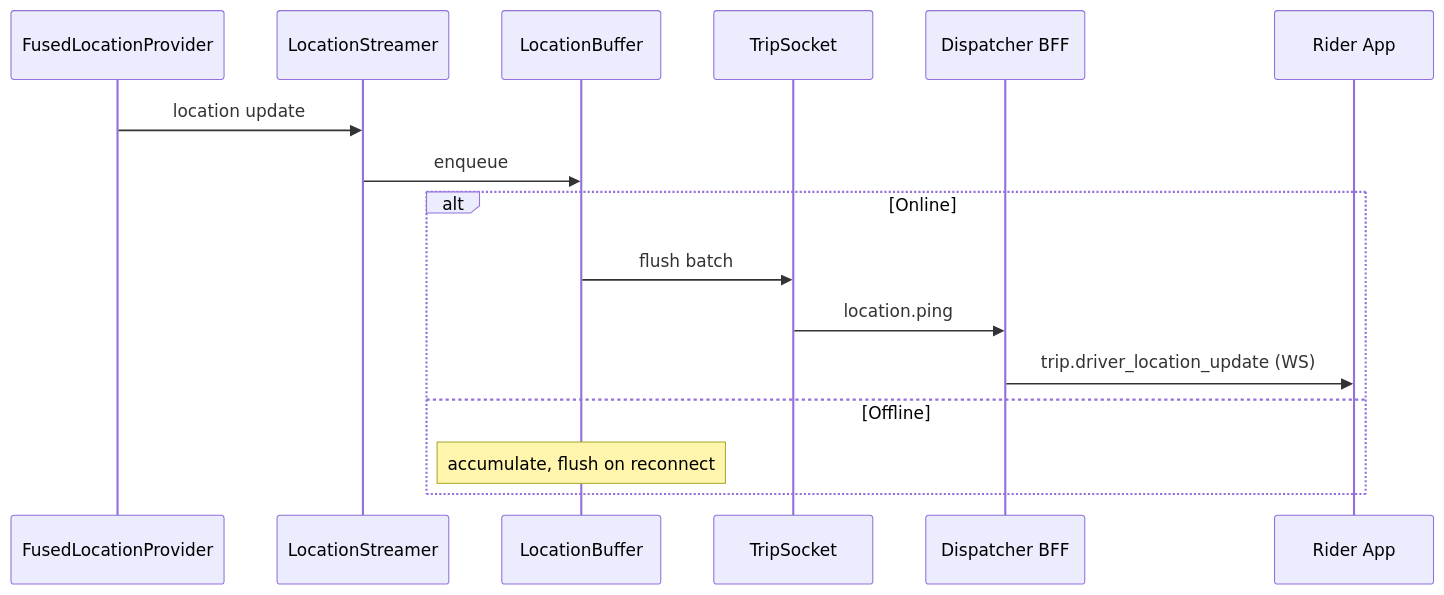
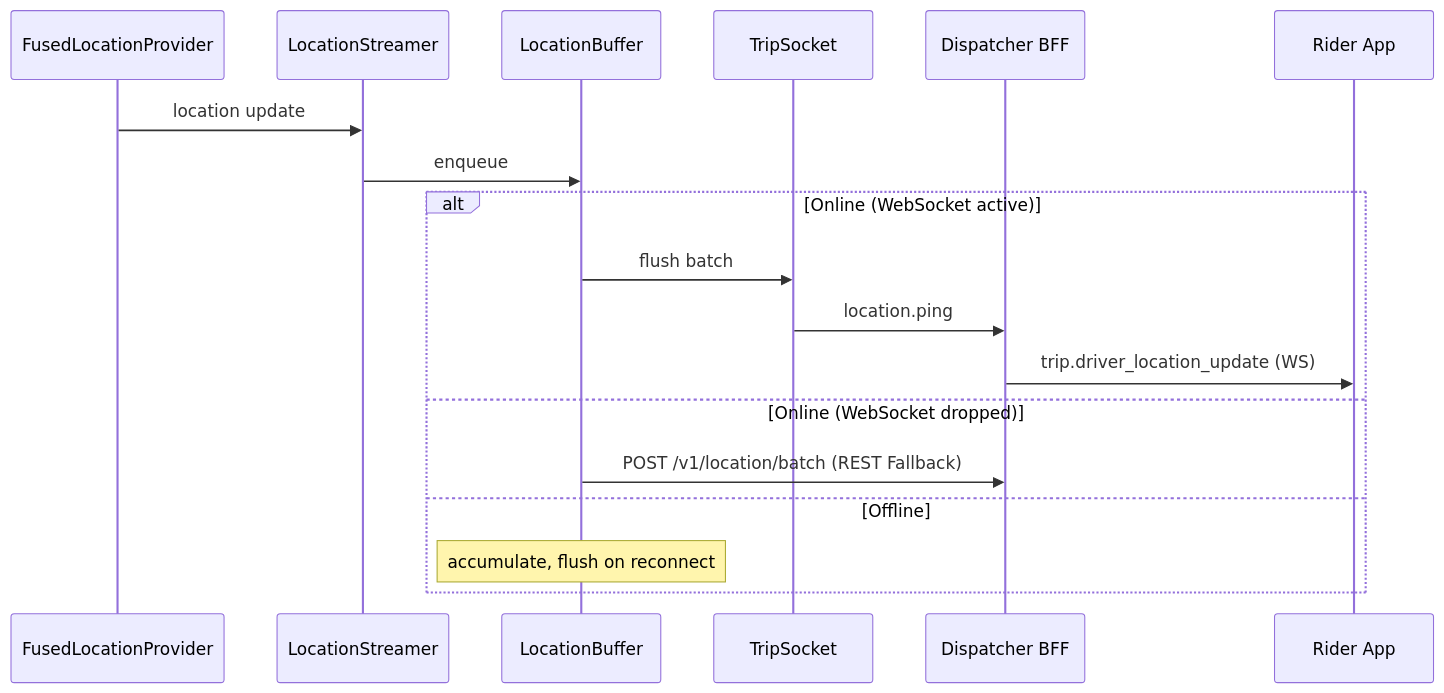
The third of 4 diagrams in reference-architectures/ride-hailing-app.md (swarnsingh/android-staff-engineer-playbook-website), drawn with Mermaid before and after one commit. The commit also changed other lines of this file and 17 other files, not shown here.

````diff
--- a/reference-architectures/ride-hailing-app.md
+++ b/reference-architectures/ride-hailing-app.md
@@ -177,19 +178,21 @@
 ```mermaid
 sequenceDiagram
     participant FLP as FusedLocationProvider
     participant LS as LocationStreamer
     participant Buf as LocationBuffer
     participant WS as TripSocket
     participant Disp as Dispatcher BFF
     participant R as Rider App
 
     FLP->>LS: location update
     LS->>Buf: enqueue
-    alt Online
+    alt Online (WebSocket active)
         Buf->>WS: flush batch
         WS->>Disp: location.ping
         Disp->>R: trip.driver_location_update (WS)
+    else Online (WebSocket dropped)
+        Buf->>Disp: POST /v1/location/batch (REST Fallback)
     else Offline
         Note over Buf: accumulate, flush on reconnect
     end
 ```
````
